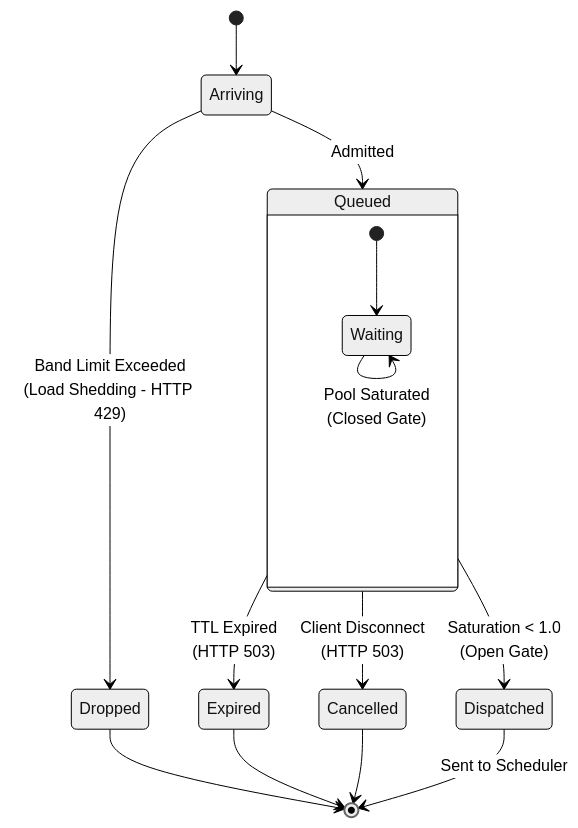
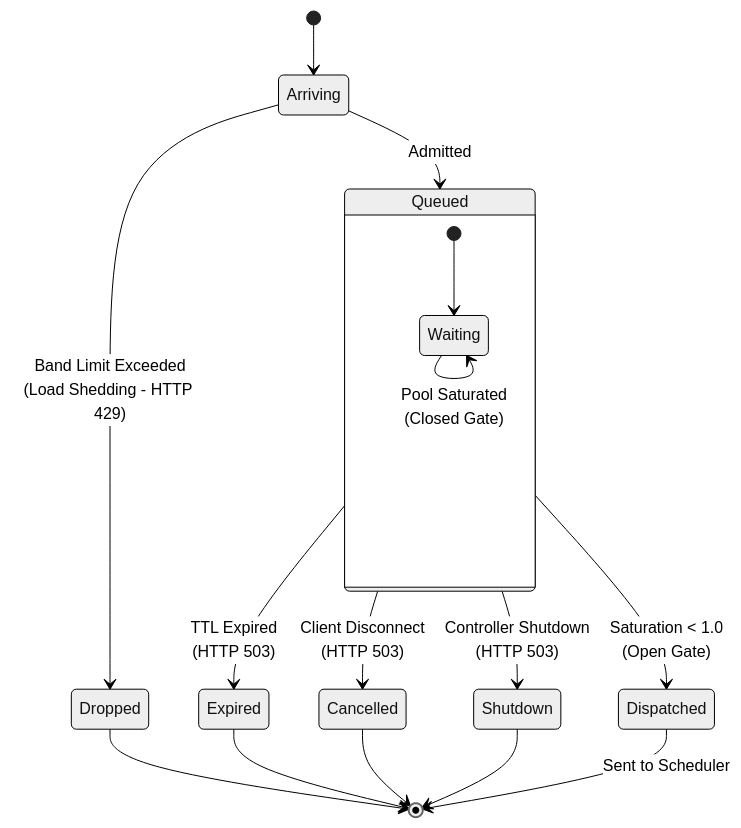
Before and after one commit to llm-d/llm-d: the third of 3 diagrams in docs/architecture/core/router/epp/flow-control.md, drawn with Mermaid (neutral theme). The commit also changed other lines of this file, not shown here.

First line of the commit message:
docs(flowcontrol): update error mapping for shutdown-drained requests

````diff
--- a/docs/architecture/core/router/epp/flow-control.md
+++ b/docs/architecture/core/router/epp/flow-control.md
@@ -318,20 +318,22 @@
 ```mermaid
 stateDiagram-v2
     [*] --> Arriving
     Arriving --> Dropped: Band Limit Exceeded<br/>(Load Shedding - HTTP 429)
     Arriving --> Queued: Admitted
 
     state Queued {
         [*] --> Waiting
         Waiting --> Waiting: Pool Saturated<br/>(Closed Gate)
     }
 
     Queued --> Expired: TTL Expired<br/>(HTTP 503)
     Queued --> Cancelled: Client Disconnect<br/>(HTTP 503)
+    Queued --> Shutdown: Controller Shutdown<br/>(HTTP 503)
     Queued --> Dispatched: Saturation < 1.0<br/>(Open Gate)
 
     Dispatched --> [*]: Sent to Scheduler
     Dropped --> [*]
     Expired --> [*]
     Cancelled --> [*]
+    Shutdown --> [*]
 ```
````
